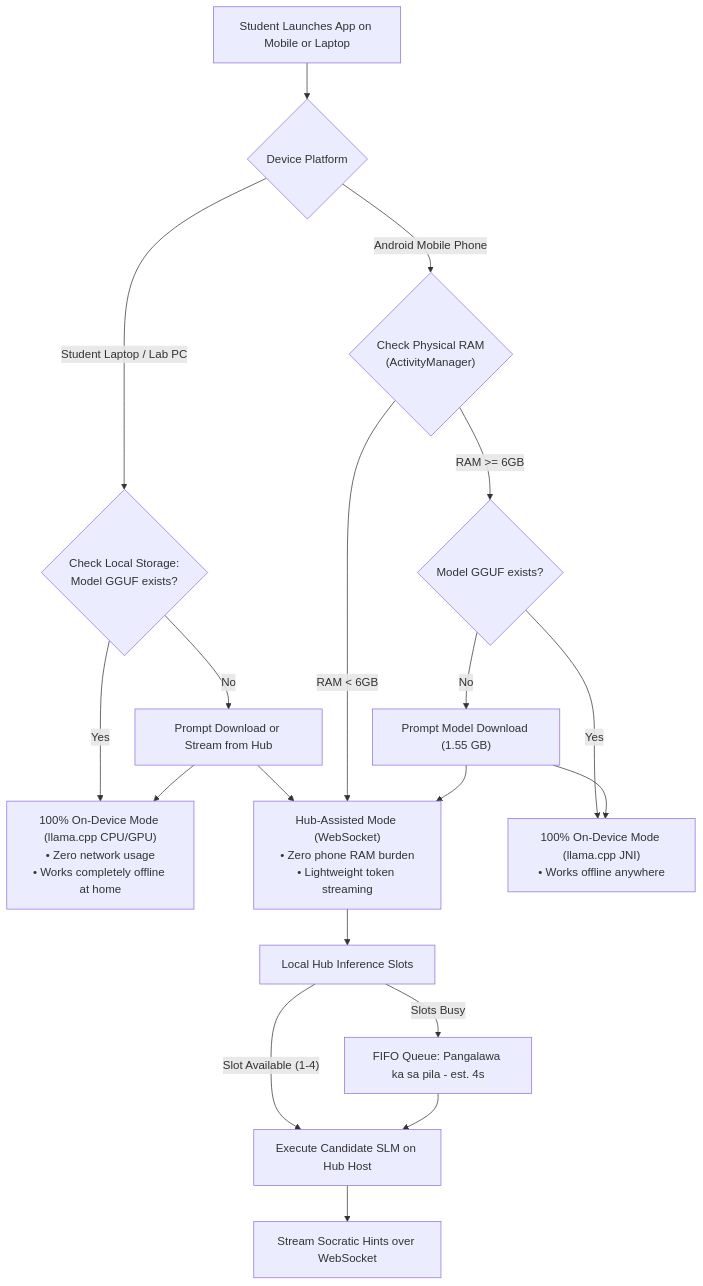
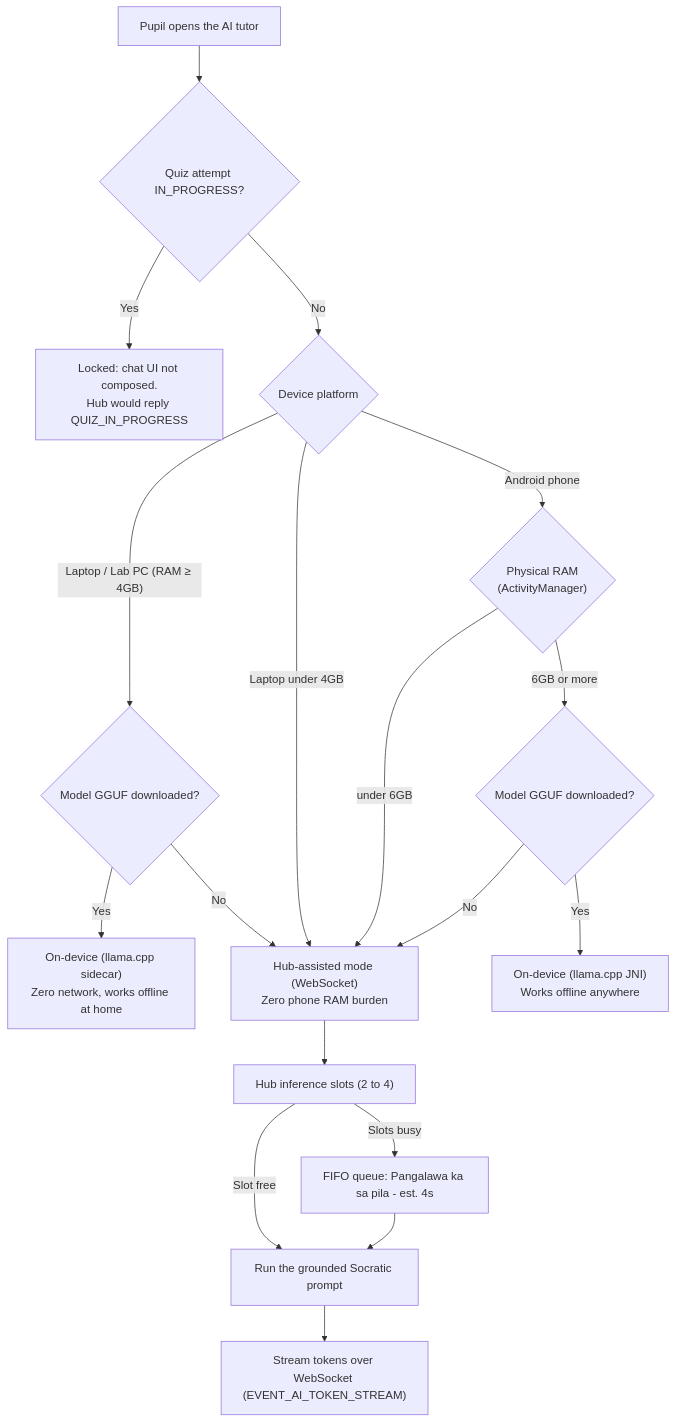
One commit to BootlegYouki/L.A.R.A changed the third of 3 diagrams in README.md. Above: the diagram before and after it, drawn with Mermaid. The commit also changed other lines of this file and 28 other files, not shown here.

````diff
--- a/README.md
+++ b/README.md
@@ -100,24 +135,23 @@
 ```mermaid
 flowchart TD
- Start["Student Launches App on Mobile or Laptop"] --> DeviceType{"Device Platform"}
- 
- DeviceType -->|"Student Laptop / Lab PC"| DeskCheck{"Check Local Storage:<br/>Model GGUF exists?"}
- DeskCheck -->|Yes| DeskLocal["100% On-Device Mode (llama.cpp CPU/GPU)<br/>• Zero network usage<br/>• Works completely offline at home"]
- DeskCheck -->|No| DeskPrompt["Prompt Download or Stream from Hub"]
- DeskPrompt --> DeskLocal
- DeskPrompt --> HubMode
+ Start["Pupil opens the AI tutor"] --> Quiz{"Quiz attempt IN_PROGRESS?"}
+ Quiz -->|Yes| Locked["Locked: chat UI not composed.<br/>Hub would reply QUIZ_IN_PROGRESS"]
+ Quiz -->|No| DeviceType{"Device platform"}
 
- DeviceType -->|"Android Mobile Phone"| HardwareCheck{"Check Physical RAM<br/>(ActivityManager)"}
- HardwareCheck -->|"RAM < 6GB"| HubMode["Hub-Assisted Mode (WebSocket)<br/>• Zero phone RAM burden<br/>• Lightweight token streaming"]
- HardwareCheck -->|"RAM >= 6GB"| MobCheck{"Model GGUF exists?"}
- MobCheck -->|Yes| MobLocal["100% On-Device Mode (llama.cpp JNI)<br/>• Works offline anywhere"]
- MobCheck -->|No| MobPrompt["Prompt Model Download (1.55 GB)"]
- MobPrompt --> MobLocal
- MobPrompt --> HubMode
+ DeviceType -->|"Laptop / Lab PC (RAM ≥ 4GB)"| DeskCheck{"Model GGUF downloaded?"}
+ DeskCheck -->|Yes| DeskLocal["On-device (llama.cpp sidecar)<br/>Zero network, works offline at home"]
+ DeskCheck -->|No| HubMode
+ DeviceType -->|"Laptop under 4GB"| HubMode
 
- HubMode --> HubQueue["Local Hub Inference Slots"]
- HubQueue -->|"Slot Available (1-4)"| Infer["Execute Candidate SLM on Hub Host"]
- HubQueue -->|"Slots Busy"| QueueWait["FIFO Queue: Pangalawa ka sa pila - est. 4s"]
+ DeviceType -->|"Android phone"| HardwareCheck{"Physical RAM<br/>(ActivityManager)"}
+ HardwareCheck -->|"under 6GB"| HubMode["Hub-assisted mode (WebSocket)<br/>Zero phone RAM burden"]
+ HardwareCheck -->|"6GB or more"| MobCheck{"Model GGUF downloaded?"}
+ MobCheck -->|Yes| MobLocal["On-device (llama.cpp JNI)<br/>Works offline anywhere"]
+ MobCheck -->|No| HubMode
+
+ HubMode --> HubQueue["Hub inference slots (2 to 4)"]
+ HubQueue -->|"Slot free"| Infer["Run the grounded Socratic prompt"]
+ HubQueue -->|"Slots busy"| QueueWait["FIFO queue: Pangalawa ka sa pila - est. 4s"]
  QueueWait --> Infer
- Infer --> StreamTokens["Stream Socratic Hints over WebSocket"]
+ Infer --> StreamTokens["Stream tokens over WebSocket (EVENT_AI_TOKEN_STREAM)"]
 ```
````
